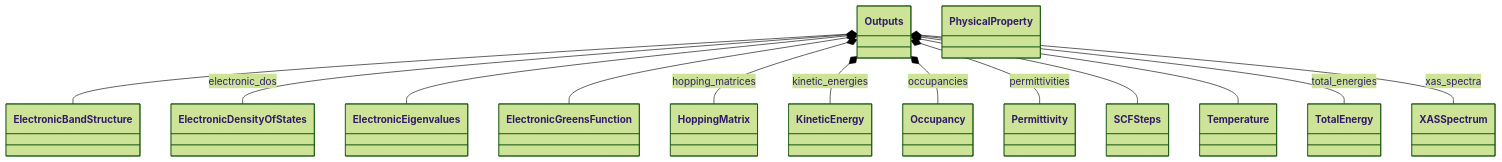
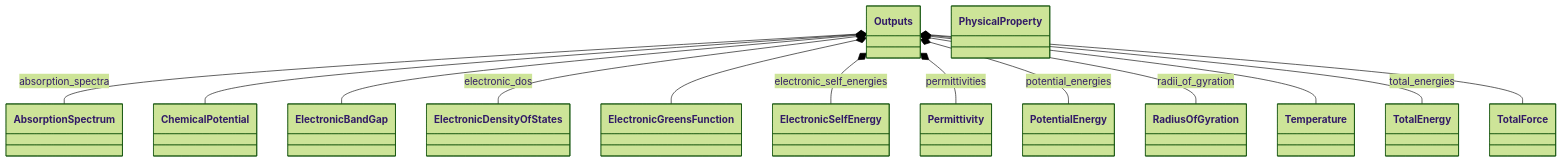
One commit to FAIRmat-NFDI/nomad-simulations changed the first of 2 diagrams in docs/schema/outputs.diagram.md. Above: the diagram before and after it, drawn with Mermaid (forest theme). The commit also changed 9 other files, not shown here.

````diff
--- a/docs/schema/outputs.diagram.md
+++ b/docs/schema/outputs.diagram.md
@@ -14,43 +14,43 @@
 ```mermaid
 classDiagram
-    class ElectronicBandStructure {
+    class AbsorptionSpectrum {
+    }
+    class ChemicalPotential {
+    }
+    class ElectronicBandGap {
     }
     class ElectronicDensityOfStates {
     }
-    class ElectronicEigenvalues {
-    }
     class ElectronicGreensFunction {
     }
-    class HoppingMatrix {
-    }
-    class KineticEnergy {
-    }
-    class Occupancy {
+    class ElectronicSelfEnergy {
     }
     class Outputs {
     }
     class Permittivity {
     }
     class PhysicalProperty {
     }
-    class SCFSteps {
+    class PotentialEnergy {
+    }
+    class RadiusOfGyration {
     }
     class Temperature {
     }
     class TotalEnergy {
     }
-    class XASSpectrum {
+    class TotalForce {
     }
-    Outputs *-- ElectronicBandStructure
+    Outputs *-- AbsorptionSpectrum : absorption_spectra
+    Outputs *-- ChemicalPotential
+    Outputs *-- ElectronicBandGap
     Outputs *-- ElectronicDensityOfStates : electronic_dos
-    Outputs *-- ElectronicEigenvalues
     Outputs *-- ElectronicGreensFunction
-    Outputs *-- HoppingMatrix : hopping_matrices
-    Outputs *-- KineticEnergy : kinetic_energies
-    Outputs *-- Occupancy : occupancies
+    Outputs *-- ElectronicSelfEnergy : electronic_self_energies
     Outputs *-- Permittivity : permittivities
-    Outputs *-- SCFSteps
+    Outputs *-- PotentialEnergy : potential_energies
+    Outputs *-- RadiusOfGyration : radii_of_gyration
     Outputs *-- Temperature
     Outputs *-- TotalEnergy : total_energies
-    Outputs *-- XASSpectrum : xas_spectra
+    Outputs *-- TotalForce
 ```
````
